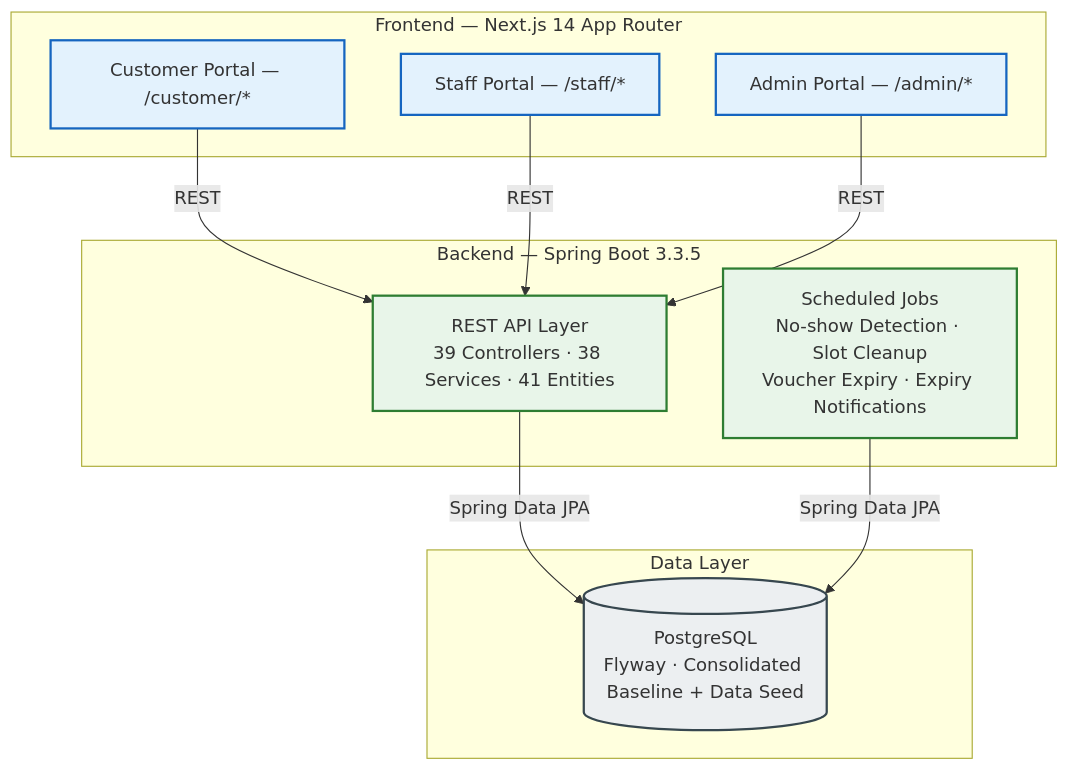
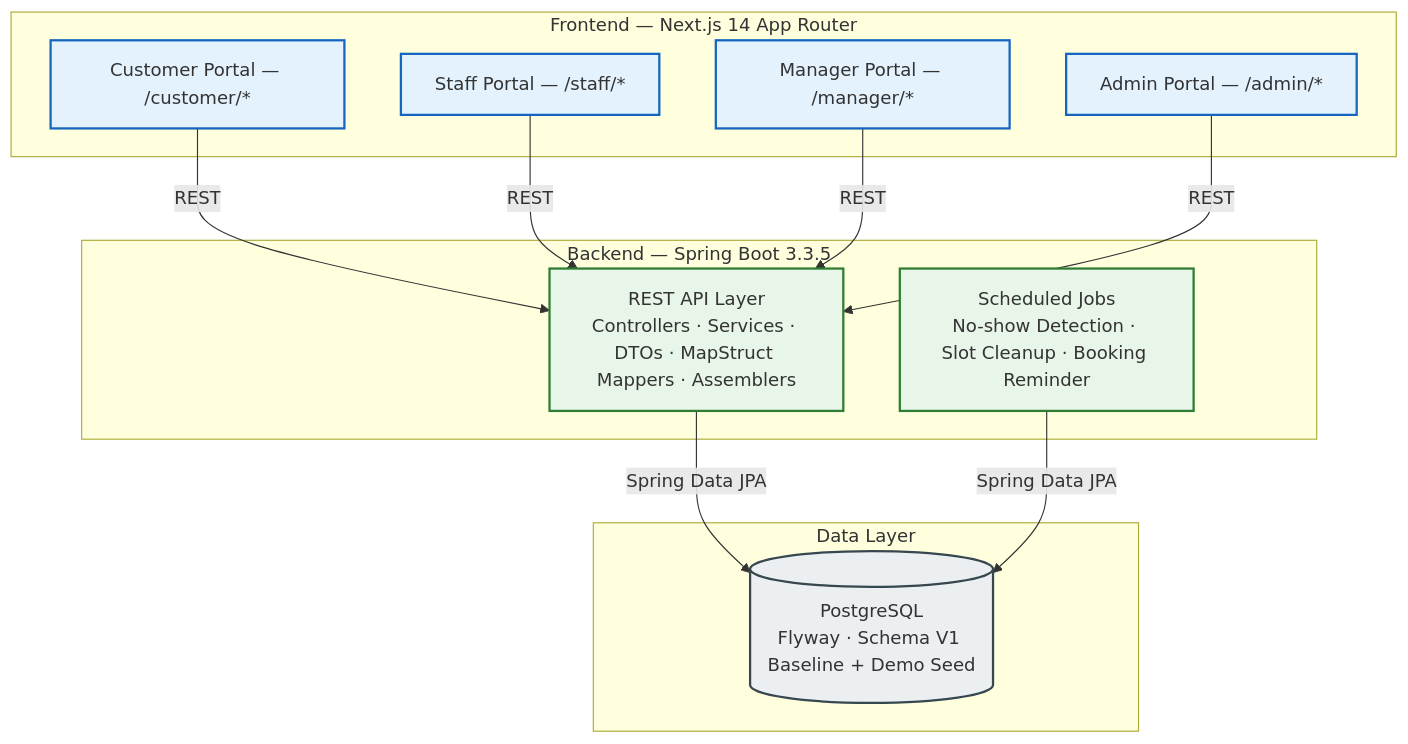
One commit to Hungle2910/Smart-Automated-Car-Wash-Management-System changed the diagram in README.md. Above: the diagram before and after it, drawn with Mermaid. The commit also changed other lines of this file and 367 other files, not shown here.

````diff
--- a/README.md
+++ b/README.md
@@ -35,25 +35,26 @@
 ```mermaid
 graph TD
     classDef client fill:#e3f2fd,stroke:#1565c0,stroke-width:2px;
     classDef server fill:#e8f5e9,stroke:#2e7d32,stroke-width:2px;
     classDef db fill:#eceff1,stroke:#37474f,stroke-width:2px;
 
     subgraph "Frontend — Next.js 14 App Router"
         CP["Customer Portal — /customer/*"]:::client
         SP["Staff Portal — /staff/*"]:::client
+        MP["Manager Portal — /manager/*"]:::client
         AP["Admin Portal — /admin/*"]:::client
     end
 
     subgraph "Backend — Spring Boot 3.3.5"
-        API["REST API Layer<br/>39 Controllers · 38 Services · 41 Entities"]:::server
-        JOBS["Scheduled Jobs<br/>No-show Detection · Slot Cleanup<br/>Voucher Expiry · Expiry Notifications"]:::server
+        API["REST API Layer<br/>Controllers · Services · DTOs · MapStruct Mappers · Assemblers"]:::server
+        JOBS["Scheduled Jobs<br/>No-show Detection · Slot Cleanup · Booking Reminder"]:::server
     end
 
     subgraph "Data Layer"
-        DB[("PostgreSQL<br/>Flyway · Consolidated Baseline + Data Seed")]:::db
+        DB[("PostgreSQL<br/>Flyway · Schema V1 Baseline + Demo Seed")]:::db
     end
 
-    CP & SP & AP -->|REST| API
+    CP & SP & MP & AP -->|REST| API
     API -->|Spring Data JPA| DB
     JOBS -->|Spring Data JPA| DB
 ```
````
